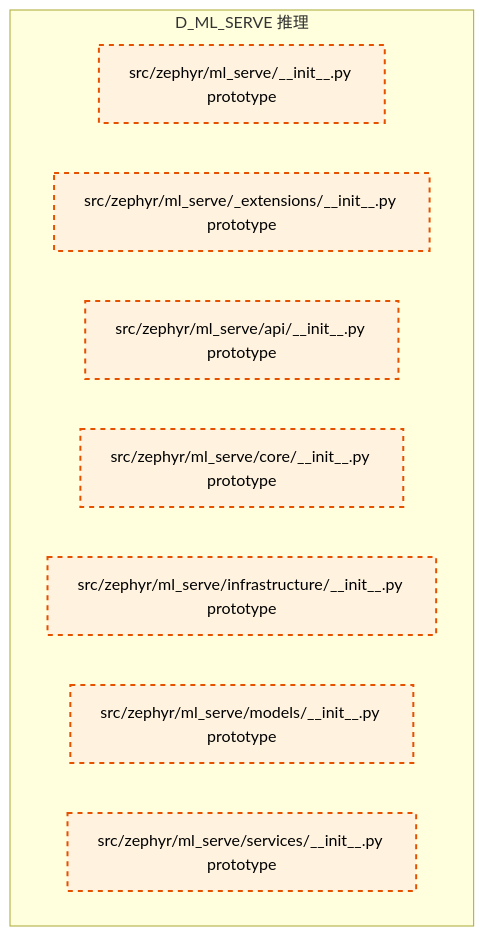
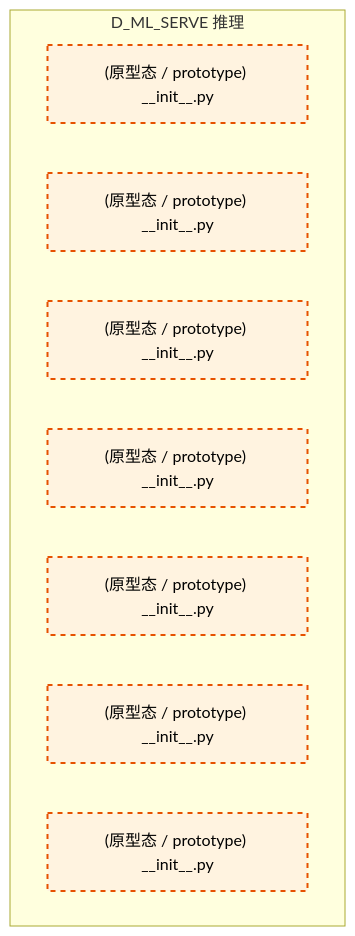
Before and after one commit to xuanFelixVan/ZephyrAlpha: the diagram in docs/02_enterprise_architecture/02_domain_architecture_docs/41_d_ml_serve.md, drawn with Mermaid. The commit also changed other lines of this file and 100 other files, not shown here.

````diff
--- a/docs/02_enterprise_architecture/02_domain_architecture_docs/41_d_ml_serve.md
+++ b/docs/02_enterprise_architecture/02_domain_architecture_docs/41_d_ml_serve.md
@@ -47,17 +49,17 @@
 ```mermaid
 graph TD
     subgraph D_ML_SERVE["D_ML_SERVE 推理"]
-        src_zephyr_ml_serve_init_py["src/zephyr/ml_serve/__init__.py prototype"]
-        src_zephyr_ml_serve_extensions_init_py["src/zephyr/ml_serve/_extensions/__init__.py prototype"]
-        src_zephyr_ml_serve_api_init_py["src/zephyr/ml_serve/api/__init__.py prototype"]
-        src_zephyr_ml_serve_core_init_py["src/zephyr/ml_serve/core/__init__.py prototype"]
-        src_zephyr_ml_serve_infrastructure_init_py["src/zephyr/ml_serve/infrastructure/__init__.py prototype"]
-        src_zephyr_ml_serve_models_init_py["src/zephyr/ml_serve/models/__init__.py prototype"]
-        src_zephyr_ml_serve_services_init_py["src/zephyr/ml_serve/services/__init__.py prototype"]
+        src_zephyr_ml_serve_init_py["(原型态 / prototype) __init__.py"]
+        src_zephyr_ml_serve_extensions_init_py["(原型态 / prototype) __init__.py"]
+        src_zephyr_ml_serve_api_init_py["(原型态 / prototype) __init__.py"]
+        src_zephyr_ml_serve_core_init_py["(原型态 / prototype) __init__.py"]
+        src_zephyr_ml_serve_infrastructure_init_py["(原型态 / prototype) __init__.py"]
+        src_zephyr_ml_serve_models_init_py["(原型态 / prototype) __init__.py"]
+        src_zephyr_ml_serve_services_init_py["(原型态 / prototype) __init__.py"]
     end
     classDef production fill:#e1f5fe,stroke:#01579b,stroke-width:2px,color:#000
     classDef design fill:#fff3e0,stroke:#e65100,stroke-width:2px,color:#000,stroke-dasharray: 5 5
     classDef external_prod fill:#e8f5e9,stroke:#1b5e20,stroke-width:1px,color:#000
     classDef external_design fill:#fce4ec,stroke:#880e4f,stroke-width:1px,color:#000,stroke-dasharray: 5 5
     class src_zephyr_ml_serve_init_py,src_zephyr_ml_serve_extensions_init_py,src_zephyr_ml_serve_api_init_py,src_zephyr_ml_serve_core_init_py,src_zephyr_ml_serve_infrastructure_init_py,src_zephyr_ml_serve_models_init_py,src_zephyr_ml_serve_services_init_py design
 ```
````
